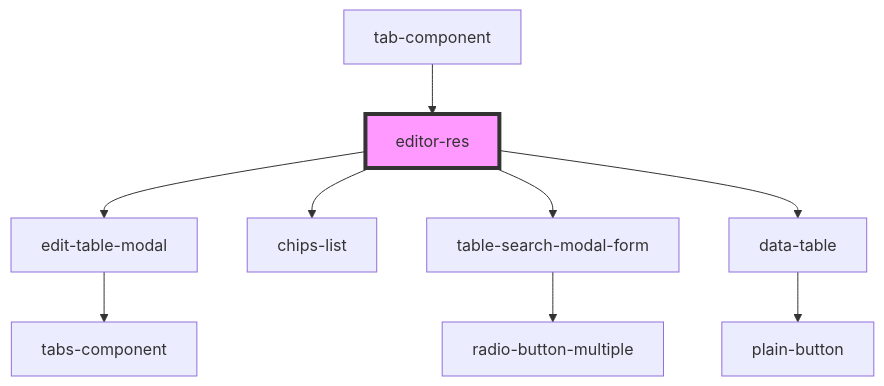
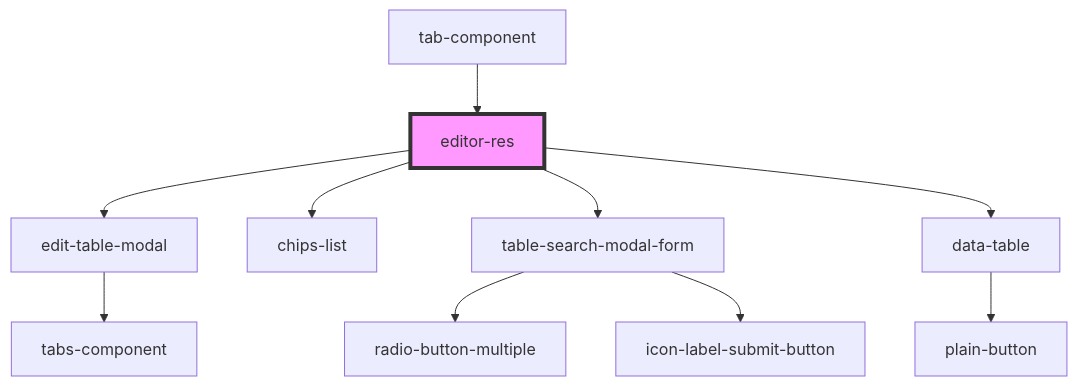
One commit to techvariable/NeptuneConnectComponents changed the diagram in src/components/editorPage/editor-res/readme.md. Above: the diagram before and after it, drawn with Mermaid. The commit also changed 28 other files, not shown here.

````diff
--- a/src/components/editorPage/editor-res/readme.md
+++ b/src/components/editorPage/editor-res/readme.md
@@ -22,12 +22,13 @@
 ```mermaid
 graph TD;
   editor-res --> edit-table-modal
   editor-res --> chips-list
   editor-res --> table-search-modal-form
   editor-res --> data-table
   edit-table-modal --> tabs-component
   table-search-modal-form --> radio-button-multiple
+  table-search-modal-form --> icon-label-submit-button
   data-table --> plain-button
   tab-component --> editor-res
   style editor-res fill:#f9f,stroke:#333,stroke-width:4px
 ```
````
